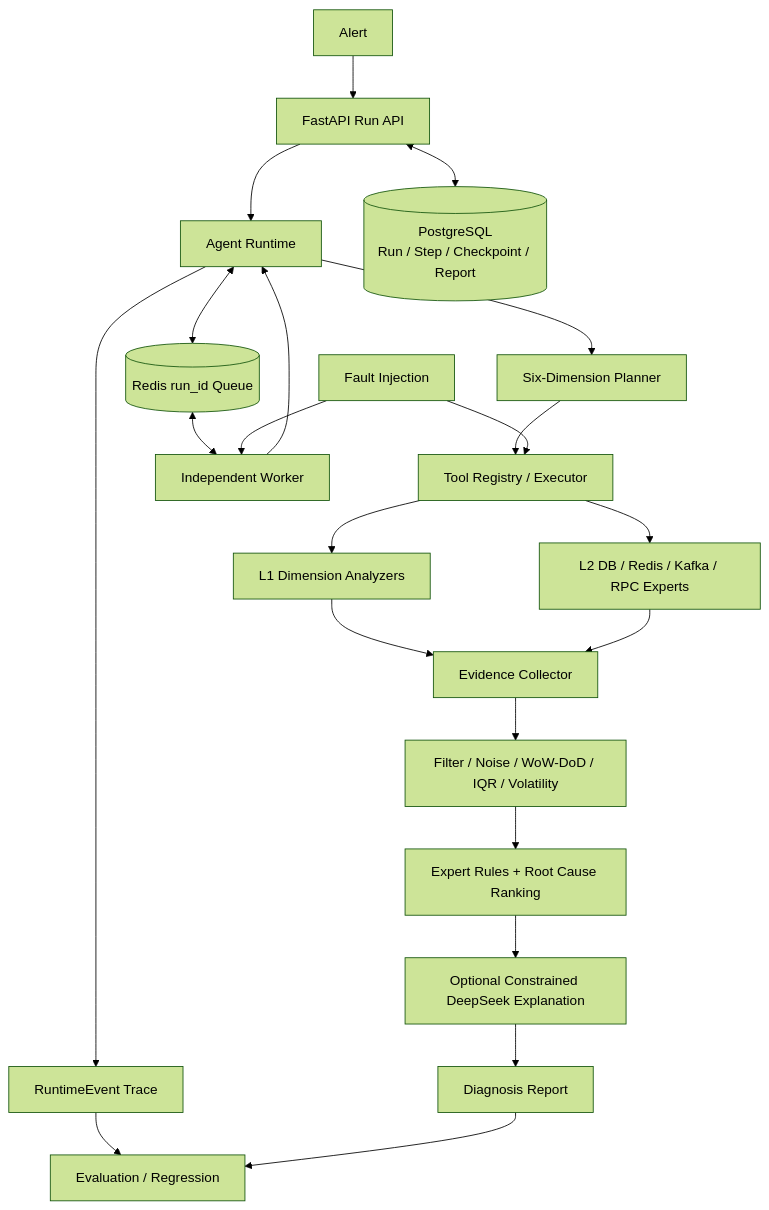
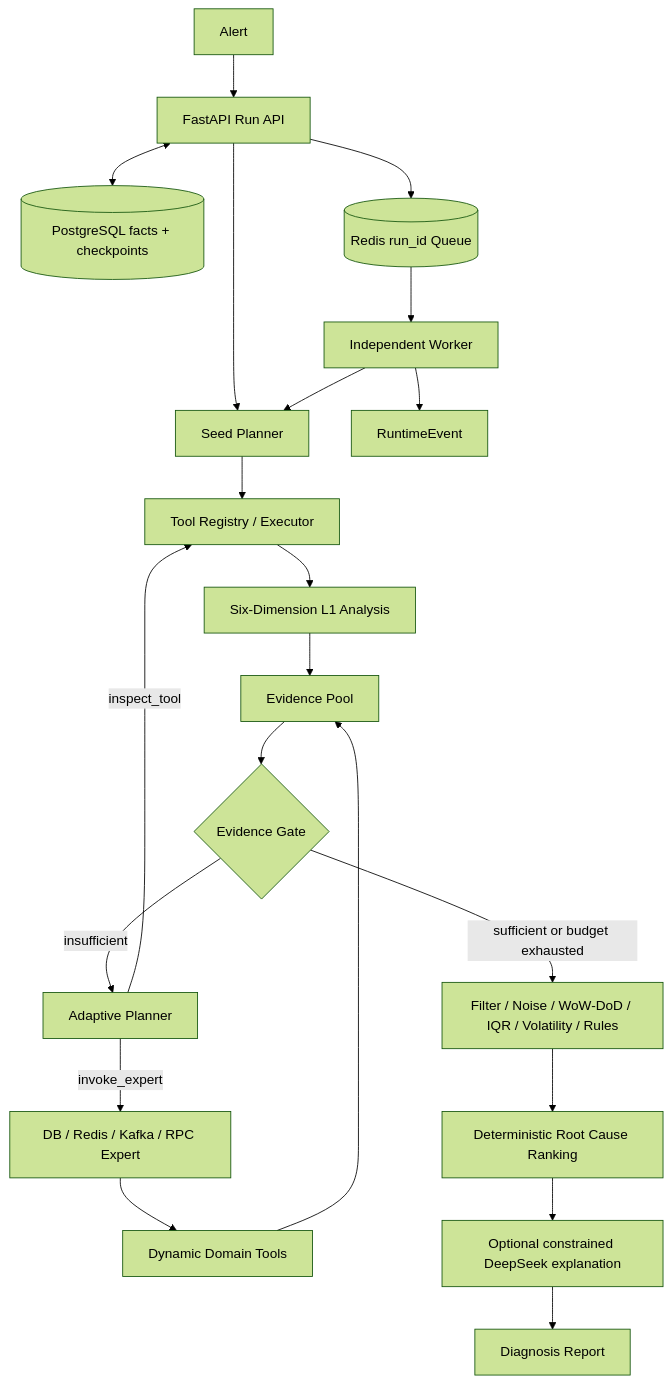
The diagram in README.md (1hao1hao/OpsPilot), drawn with Mermaid (forest theme) before and after one commit. The commit also changed other lines of this file and 63 other files, not shown here.

````diff
--- a/README.md
+++ b/README.md
@@ -72,25 +63,22 @@
 ```mermaid
 flowchart TB
-    A[Alert] --> B[FastAPI Run API]
-    B --> C[Agent Runtime]
-    C --> D[Six-Dimension Planner]
-    D --> E[Tool Registry / Executor]
-    E --> L1[L1 Dimension Analyzers]
-    E --> L2[L2 DB / Redis / Kafka / RPC Experts]
-    L1 --> F[Evidence Collector]
-    L2 --> F
-    F --> G[Filter / Noise / WoW-DoD / IQR / Volatility]
-    G --> H[Expert Rules + Root Cause Ranking]
-    H --> LLM[Optional Constrained DeepSeek Explanation]
-    LLM --> I[Diagnosis Report]
+    A[Alert] --> API[FastAPI Run API]
+    API --> SP[Seed Planner]
+    SP --> TE[Tool Registry / Executor]
+    TE --> L1[Six-Dimension L1 Analysis]
+    L1 --> EP[Evidence Pool]
+    EP --> G{Evidence Gate}
+    G -->|insufficient| AP[Adaptive Planner]
+    AP -->|inspect_tool| TE
+    AP -->|invoke_expert| L2[DB / Redis / Kafka / RPC Expert]
+    L2 --> DT[Dynamic Domain Tools] --> EP
+    G -->|sufficient or budget exhausted| L3[Filter / Noise / WoW-DoD / IQR / Volatility / Rules]
+    L3 --> RC[Deterministic Root Cause Ranking]
+    RC --> LLM[Optional constrained DeepSeek explanation]
+    LLM --> R[Diagnosis Report]
 
-    B <--> PG[(PostgreSQL<br/>Run / Step / Checkpoint / Report)]
-    C <--> R[(Redis run_id Queue)]
-    R <--> W[Independent Worker]
-    W --> C
-    C --> T[RuntimeEvent Trace]
-    FI[Fault Injection] --> W
-    FI --> E
-    T --> EV[Evaluation / Regression]
-    I --> EV
+    API <--> PG[(PostgreSQL facts + checkpoints)]
+    API --> Q[(Redis run_id Queue)] --> W[Independent Worker]
+    W --> SP
+    W --> E[RuntimeEvent]
 ```
````
